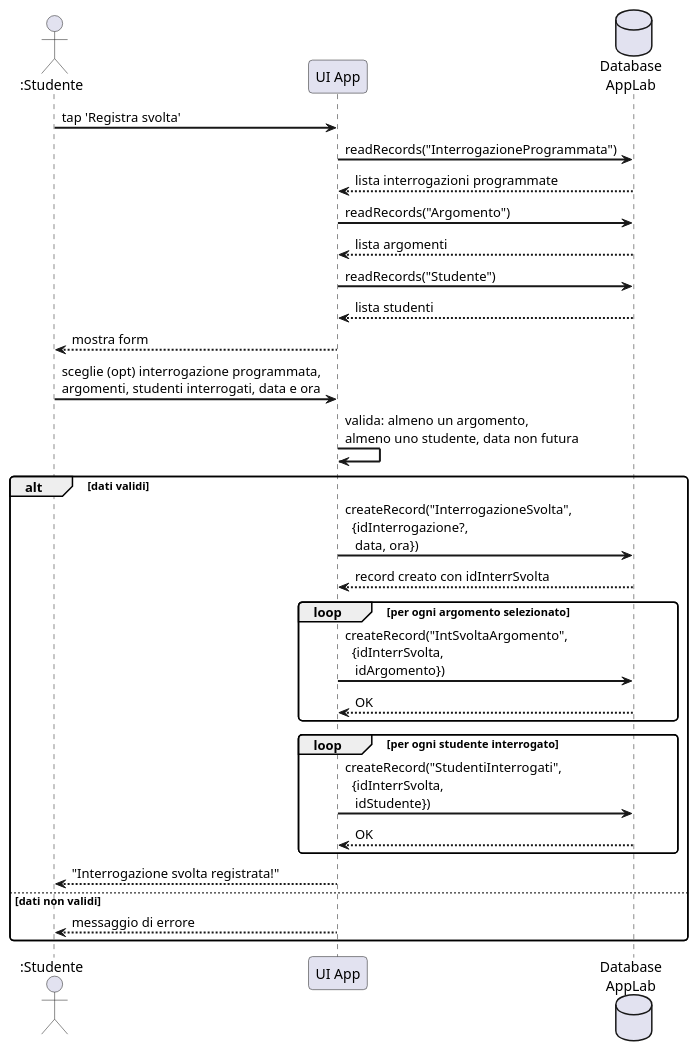
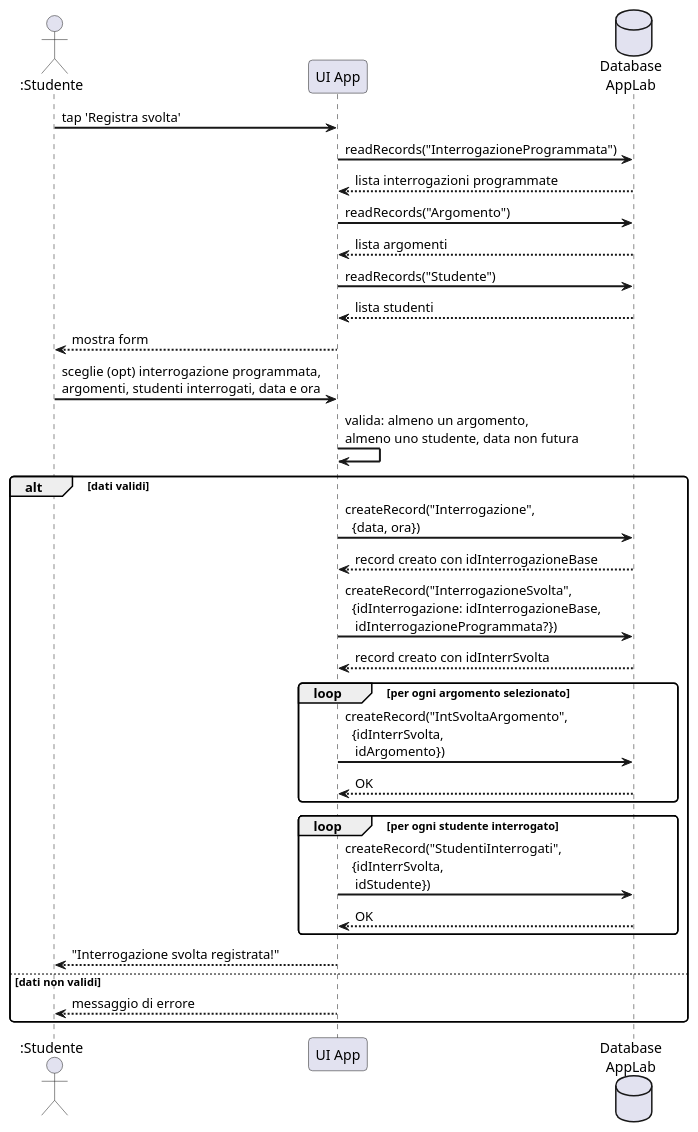
Before and after one commit to gionatamassibenincasa/study-together: the seventh of 8 diagrams in srs.adoc, drawn with PlantUML. The commit also changed other lines of this file and 7 other files, not shown here.

```diff
--- a/srs.adoc
+++ b/srs.adoc
@@ -778,42 +780,44 @@
 [plantuml, sd-registra-svolta, svg]
 ....
 @startuml
 skinparam sequenceArrowThickness 2
 skinparam roundcorner 8
 
 actor ":Studente" as S
 participant "UI App" as UI
 database "Database\nAppLab" as DB
 
 S -> UI : tap 'Registra svolta'
 UI -> DB : readRecords("InterrogazioneProgrammata")
 DB --> UI : lista interrogazioni programmate
 
 UI -> DB : readRecords("Argomento")
 DB --> UI : lista argomenti
 
 UI -> DB : readRecords("Studente")
 DB --> UI : lista studenti
 
 UI --> S : mostra form
 
 S -> UI : sceglie (opt) interrogazione programmata,\nargomenti, studenti interrogati, data e ora
 UI -> UI : valida: almeno un argomento,\nalmeno uno studente, data non futura
 
 alt dati validi
-  UI -> DB : createRecord("InterrogazioneSvolta",\n  {idInterrogazione?,\n   data, ora})
+  UI -> DB : createRecord("Interrogazione",\n  {data, ora})
+  DB --> UI : record creato con idInterrogazioneBase
+  UI -> DB : createRecord("InterrogazioneSvolta",\n  {idInterrogazione: idInterrogazioneBase,\n   idInterrogazioneProgrammata?})
   DB --> UI : record creato con idInterrSvolta
   loop per ogni argomento selezionato
     UI -> DB : createRecord("IntSvoltaArgomento",\n  {idInterrSvolta,\n   idArgomento})
     DB --> UI : OK
   end
   loop per ogni studente interrogato
     UI -> DB : createRecord("StudentiInterrogati",\n  {idInterrSvolta,\n   idStudente})
     DB --> UI : OK
   end
   UI --> S : "Interrogazione svolta registrata!"
 else dati non validi
   UI --> S : messaggio di errore
 end
 @enduml
 ....
```
